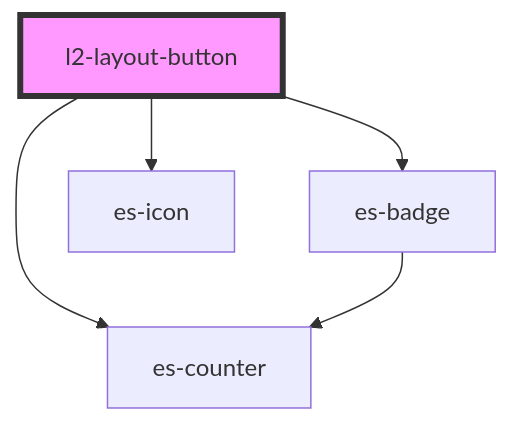
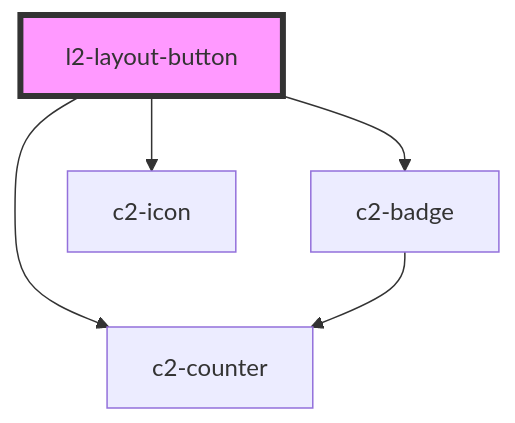
One commit to EventStore/Design-System changed the diagram in packages/layout/src/components/buttons/layout-button/readme.md. Above: the diagram before and after it, drawn with Mermaid. The commit also changed other lines of this file and 512 other files, not shown here.

````diff
--- a/packages/layout/src/components/buttons/layout-button/readme.md
+++ b/packages/layout/src/components/buttons/layout-button/readme.md
@@ -165,8 +165,8 @@
 ```mermaid
 graph TD;
-  l2-layout-button --> es-counter
-  l2-layout-button --> es-badge
-  l2-layout-button --> es-icon
-  es-badge --> es-counter
+  l2-layout-button --> c2-counter
+  l2-layout-button --> c2-badge
+  l2-layout-button --> c2-icon
+  c2-badge --> c2-counter
   style l2-layout-button fill:#f9f,stroke:#333,stroke-width:4px
 ```
````
